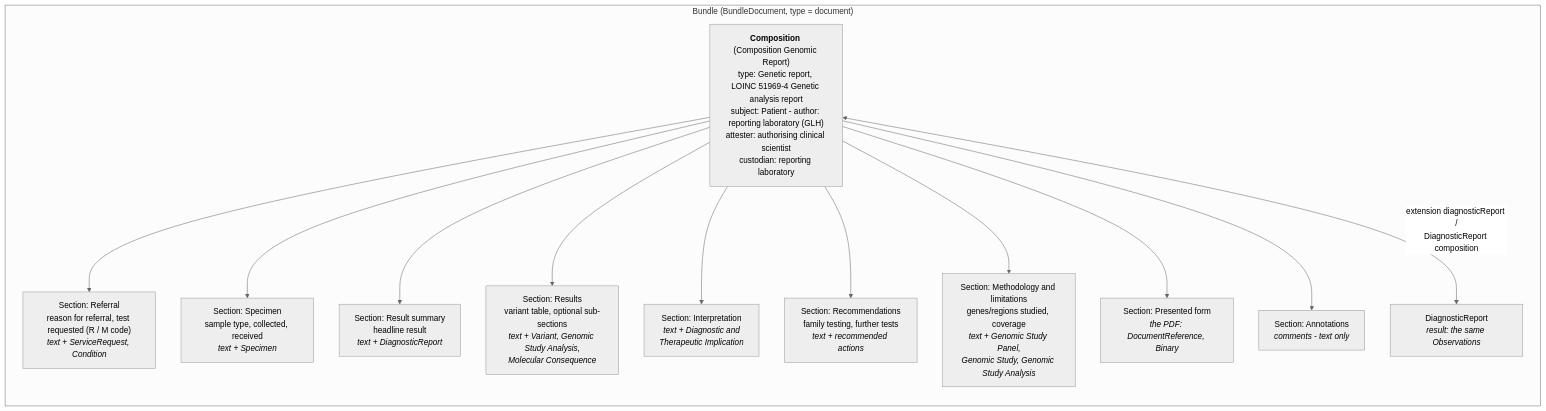
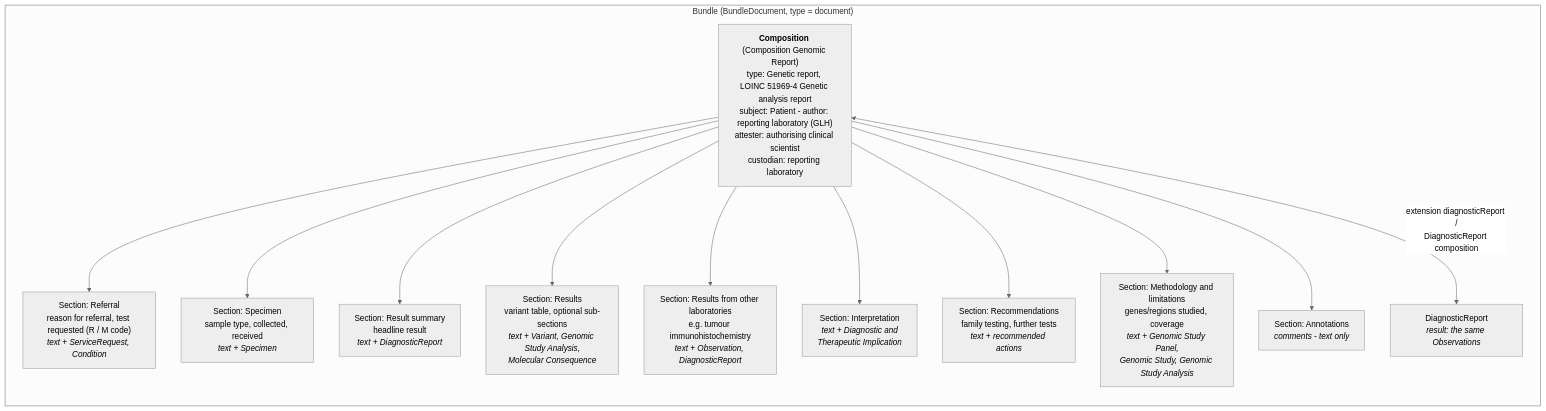
One commit to nw-gmsa/nw-gmsa.github.com changed the first of 3 diagrams in input/pagecontent/StructureDefinition-Composition-GenomicReport-intro.md. Above: the diagram before and after it, drawn with Mermaid (neutral theme). The commit also changed other lines of this file and 12 other files, not shown here.

First line of the commit message:
Remove PDF section from genomic report documents; add other-lab results

````diff
--- a/input/pagecontent/StructureDefinition-Composition-GenomicReport-intro.md
+++ b/input/pagecontent/StructureDefinition-Composition-GenomicReport-intro.md
@@ -93,29 +94,29 @@
 ```mermaid
 flowchart TB
     subgraph BUNDLE["Bundle (BundleDocument, type = document)"]
         direction TB
         COMP["<b>Composition</b> (Composition Genomic Report)<br/>type: Genetic report, LOINC 51969-4 Genetic analysis report<br/>subject: Patient - author: reporting laboratory (GLH)<br/>attester: authorising clinical scientist<br/>custodian: reporting laboratory"]
 
         S1["Section: Referral<br/>reason for referral, test requested (R / M code)<br/><i>text + ServiceRequest, Condition</i>"]
         S2["Section: Specimen<br/>sample type, collected, received<br/><i>text + Specimen</i>"]
         S3["Section: Result summary<br/>headline result<br/><i>text + DiagnosticReport</i>"]
         S4["Section: Results<br/>variant table, optional sub-sections<br/><i>text + Variant, Genomic Study Analysis,<br/>Molecular Consequence</i>"]
+        S8["Section: Results from other laboratories<br/>e.g. tumour immunohistochemistry<br/><i>text + Observation, DiagnosticReport</i>"]
         S5["Section: Interpretation<br/><i>text + Diagnostic and<br/>Therapeutic Implication</i>"]
         S6["Section: Recommendations<br/>family testing, further tests<br/><i>text + recommended actions</i>"]
         S7["Section: Methodology and limitations<br/>genes/regions studied, coverage<br/><i>text + Genomic Study Panel,<br/>Genomic Study, Genomic Study Analysis</i>"]
-        S8["Section: Presented form<br/><i>the PDF: DocumentReference, Binary</i>"]
         S9["Section: Annotations<br/><i>comments - text only</i>"]
         DR["DiagnosticReport<br/><i>result: the same Observations</i>"]
     end
 
     COMP --> S1
     COMP --> S2
     COMP --> S3
     COMP --> S4
+    COMP --> S8
     COMP --> S5
     COMP --> S6
     COMP --> S7
-    COMP --> S8
     COMP --> S9
     COMP <-->|"extension diagnosticReport /<br/>DiagnosticReport composition"| DR
 ```
````
